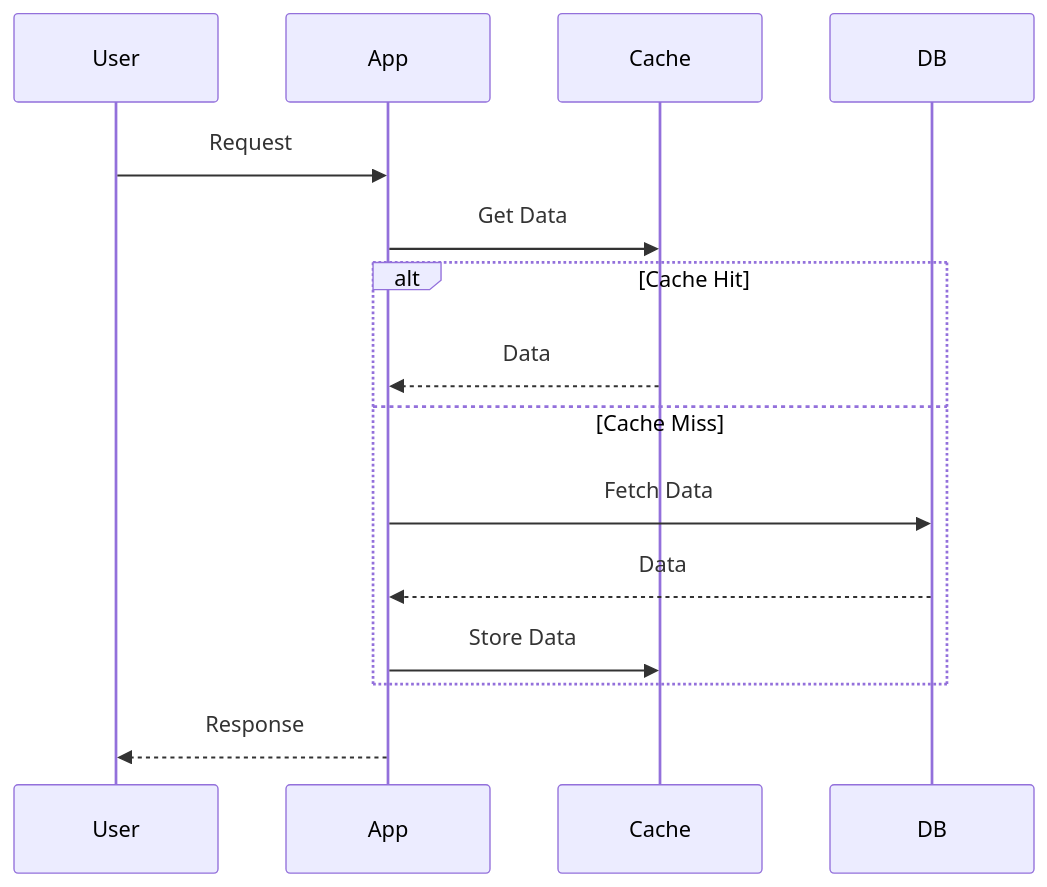
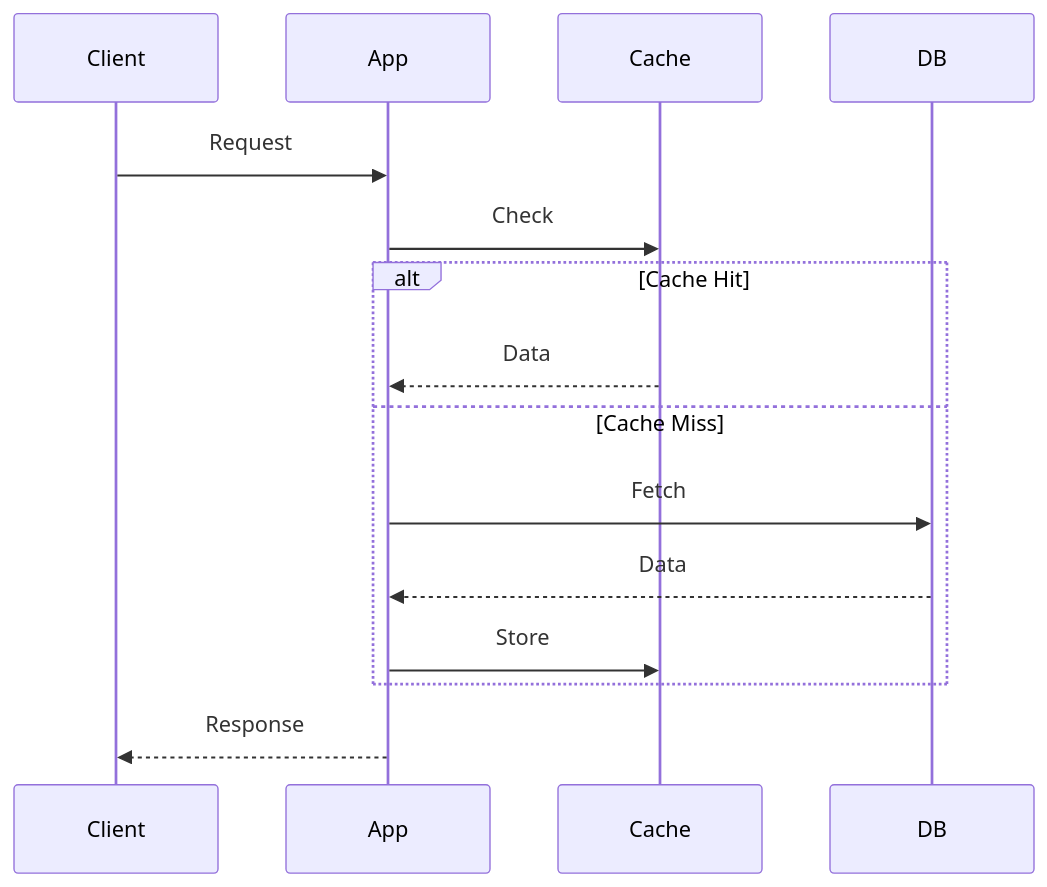
One commit to spandit230496/design_pattern changed the second of 10 diagrams in HLD/Concepts/Caching/readme.md. Above: the diagram before and after it, drawn with Mermaid. The commit also changed other lines of this file, not shown here.

Commit message:
add:cache design

````diff
--- a/HLD/Concepts/Caching/readme.md
+++ b/HLD/Concepts/Caching/readme.md
@@ -47,20 +73,20 @@
 ```mermaid
 sequenceDiagram
-    participant User
+    participant Client
     participant App
     participant Cache
     participant DB
 
-    User->>App: Request
-    App->>Cache: Get Data
+    Client->>App: Request
+    App->>Cache: Check
 
     alt Cache Hit
         Cache-->>App: Data
     else Cache Miss
-        App->>DB: Fetch Data
+        App->>DB: Fetch
         DB-->>App: Data
-        App->>Cache: Store Data
+        App->>Cache: Store
     end
 
-    App-->>User: Response
+    App-->>Client: Response
 ```
````
